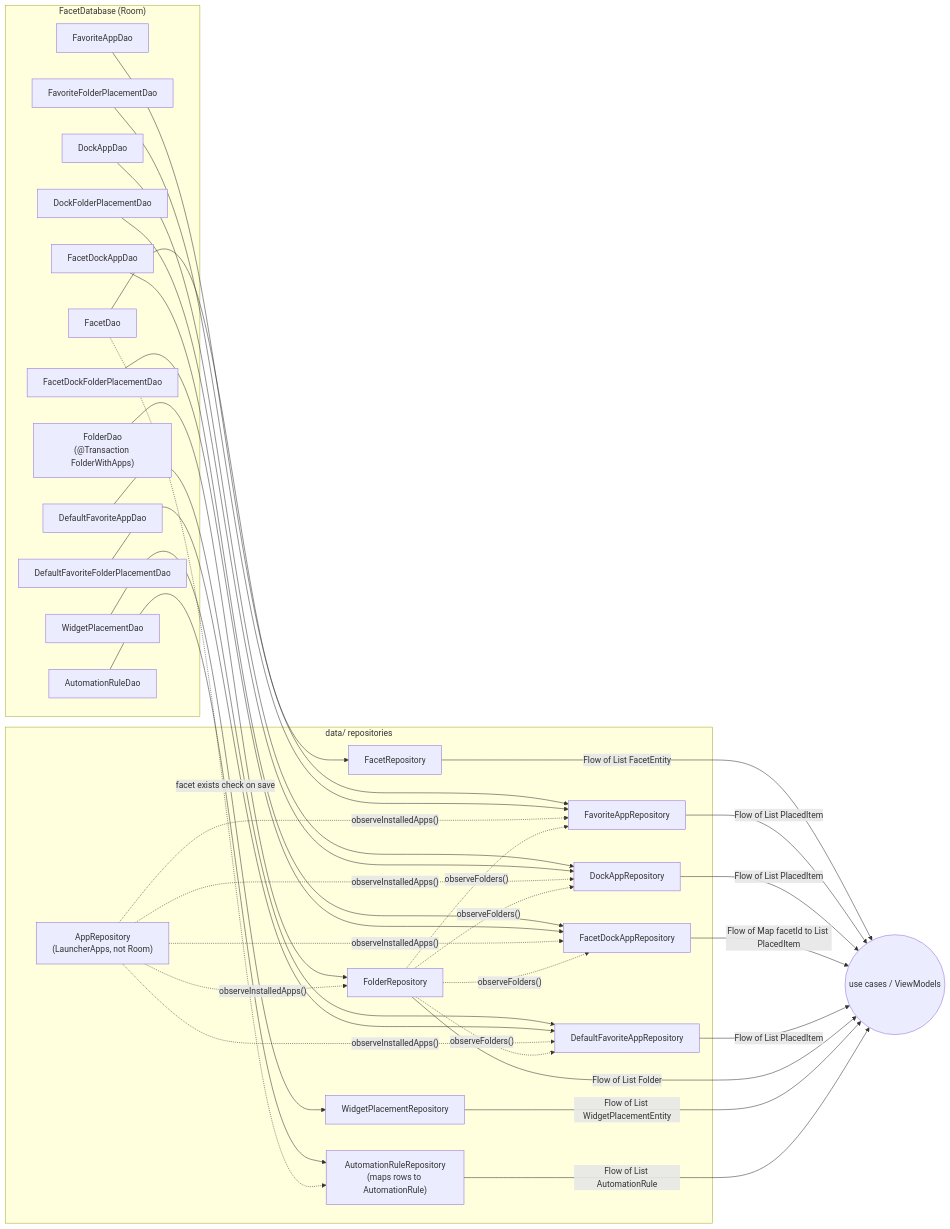
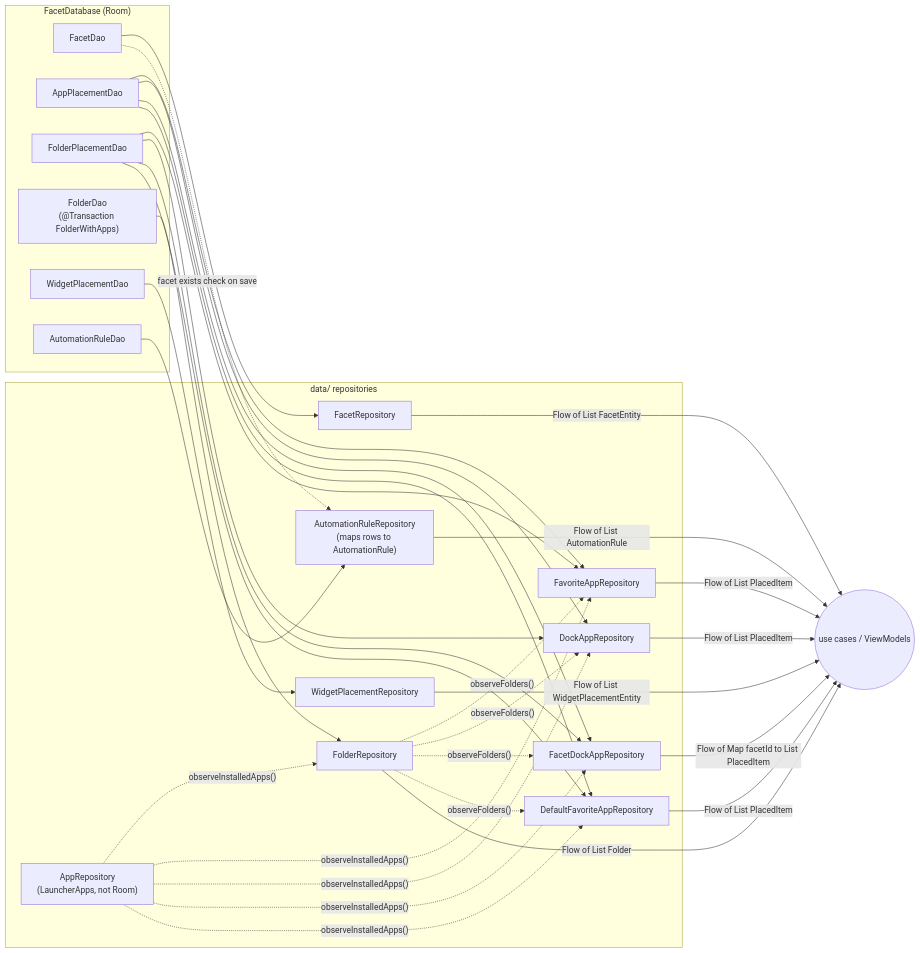
Before and after one commit to rohitganjam/facet-launcher: the second of 3 diagrams in docs/architecture/02-persistence-room.md, drawn with Mermaid. The commit also changed other lines of this file and 78 other files, not shown here.

First line of the commit message:
Fold the eight Dock/Favorites tables into app_placements and folder_placements (schema v28)

````diff
--- a/docs/architecture/02-persistence-room.md
+++ b/docs/architecture/02-persistence-room.md
@@ -219,62 +155,56 @@
 ```mermaid
 flowchart LR
     subgraph DB["FacetDatabase (Room)"]
         FD[FacetDao]
-        FAD[FavoriteAppDao]
-        FFPD[FavoriteFolderPlacementDao]
-        DAD[DockAppDao]
-        DFPD[DockFolderPlacementDao]
-        FDAD[FacetDockAppDao]
-        FDFPD[FacetDockFolderPlacementDao]
-        DFAD[DefaultFavoriteAppDao]
-        DFFPD[DefaultFavoriteFolderPlacementDao]
+        APD[AppPlacementDao]
+        FPD[FolderPlacementDao]
         FOD["FolderDao\n(@Transaction FolderWithApps)"]
         WPD[WidgetPlacementDao]
         ARD[AutomationRuleDao]
     end
 
     subgraph REPO["data/ repositories"]
         FR[FacetRepository]
         FAR[FavoriteAppRepository]
         DAR[DockAppRepository]
         FDAR[FacetDockAppRepository]
         DFAR[DefaultFavoriteAppRepository]
         FOR[FolderRepository]
         WPR[WidgetPlacementRepository]
         ARR["AutomationRuleRepository\n(maps rows to AutomationRule)"]
         AR["AppRepository\n(LauncherApps, not Room)"]
     end
 
     FD --> FR
-    FAD --> FAR
-    FFPD --> FAR
-    DAD --> DAR
-    DFPD --> DAR
-    FDAD --> FDAR
-    FDFPD --> FDAR
-    DFAD --> DFAR
-    DFFPD --> DFAR
+    APD --> FAR
+    FPD --> FAR
+    APD --> DAR
+    FPD --> DAR
+    APD --> FDAR
+    FPD --> FDAR
+    APD --> DFAR
+    FPD --> DFAR
     FOD --> FOR
     WPD --> WPR
     ARD --> ARR
     FD -. "facet exists check on save" .-> ARR
 
     AR -. "observeInstalledApps()" .-> FOR
     AR -. "observeInstalledApps()" .-> FAR
     AR -. "observeInstalledApps()" .-> DAR
     AR -. "observeInstalledApps()" .-> FDAR
     AR -. "observeInstalledApps()" .-> DFAR
     FOR -. "observeFolders()" .-> FAR
     FOR -. "observeFolders()" .-> DAR
     FOR -. "observeFolders()" .-> FDAR
     FOR -. "observeFolders()" .-> DFAR
 
     FR -- "Flow of List FacetEntity" --> OUT((use cases / ViewModels))
     FAR -- "Flow of List PlacedItem" --> OUT
     DAR -- "Flow of List PlacedItem" --> OUT
     FDAR -- "Flow of Map facetId to List PlacedItem" --> OUT
     DFAR -- "Flow of List PlacedItem" --> OUT
     FOR -- "Flow of List Folder" --> OUT
     WPR -- "Flow of List WidgetPlacementEntity" --> OUT
     ARR -- "Flow of List AutomationRule" --> OUT
 ```
````
